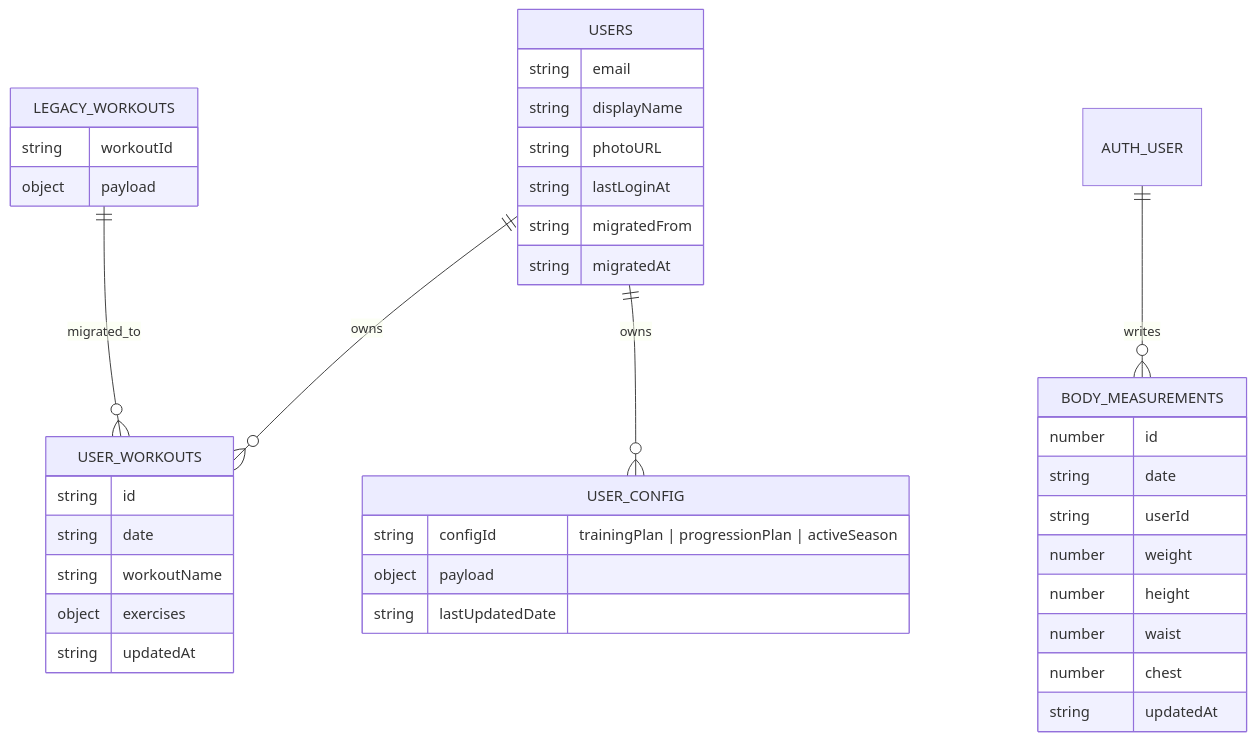
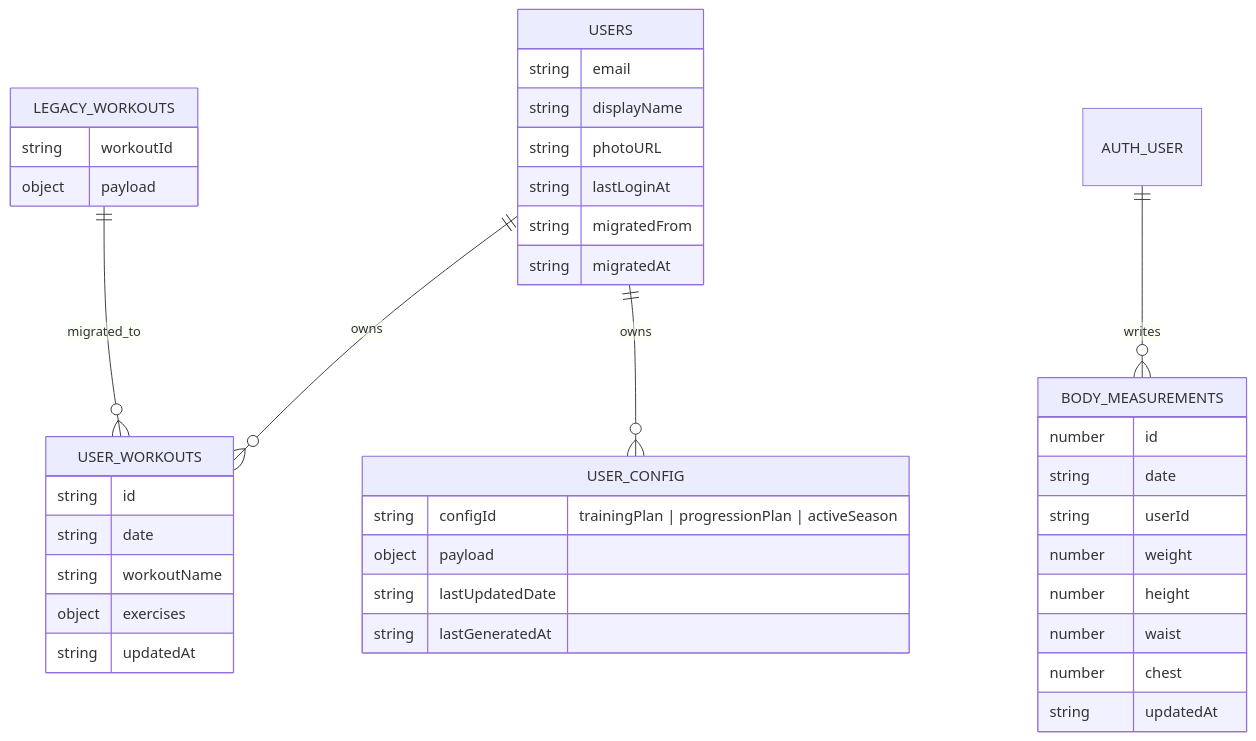
The second of 5 diagrams in workouts/WORKOUTS_ARCHITECTURE.md (0sps/sull1van.com), drawn with Mermaid before and after one commit. The commit also changed other lines of this file and 4 other files, not shown here.

````diff
--- a/workouts/WORKOUTS_ARCHITECTURE.md
+++ b/workouts/WORKOUTS_ARCHITECTURE.md
@@ -84,46 +84,47 @@
 ```mermaid
 erDiagram
     USERS ||--o{ USER_WORKOUTS : owns
     USERS ||--o{ USER_CONFIG : owns
     LEGACY_WORKOUTS ||--o{ USER_WORKOUTS : migrated_to
     AUTH_USER ||--o{ BODY_MEASUREMENTS : writes
 
     USERS {
         string email
         string displayName
         string photoURL
         string lastLoginAt
         string migratedFrom
         string migratedAt
     }
 
     USER_WORKOUTS {
         string id
         string date
         string workoutName
         object exercises
         string updatedAt
     }
 
     USER_CONFIG {
         string configId "trainingPlan | progressionPlan | activeSeason"
         object payload
         string lastUpdatedDate
+        string lastGeneratedAt
     }
 
     BODY_MEASUREMENTS {
         number id
         string date
         string userId
         number weight
         number height
         number waist
         number chest
         string updatedAt
     }
 
     LEGACY_WORKOUTS {
         string workoutId
         object payload
     }
 ```
````
